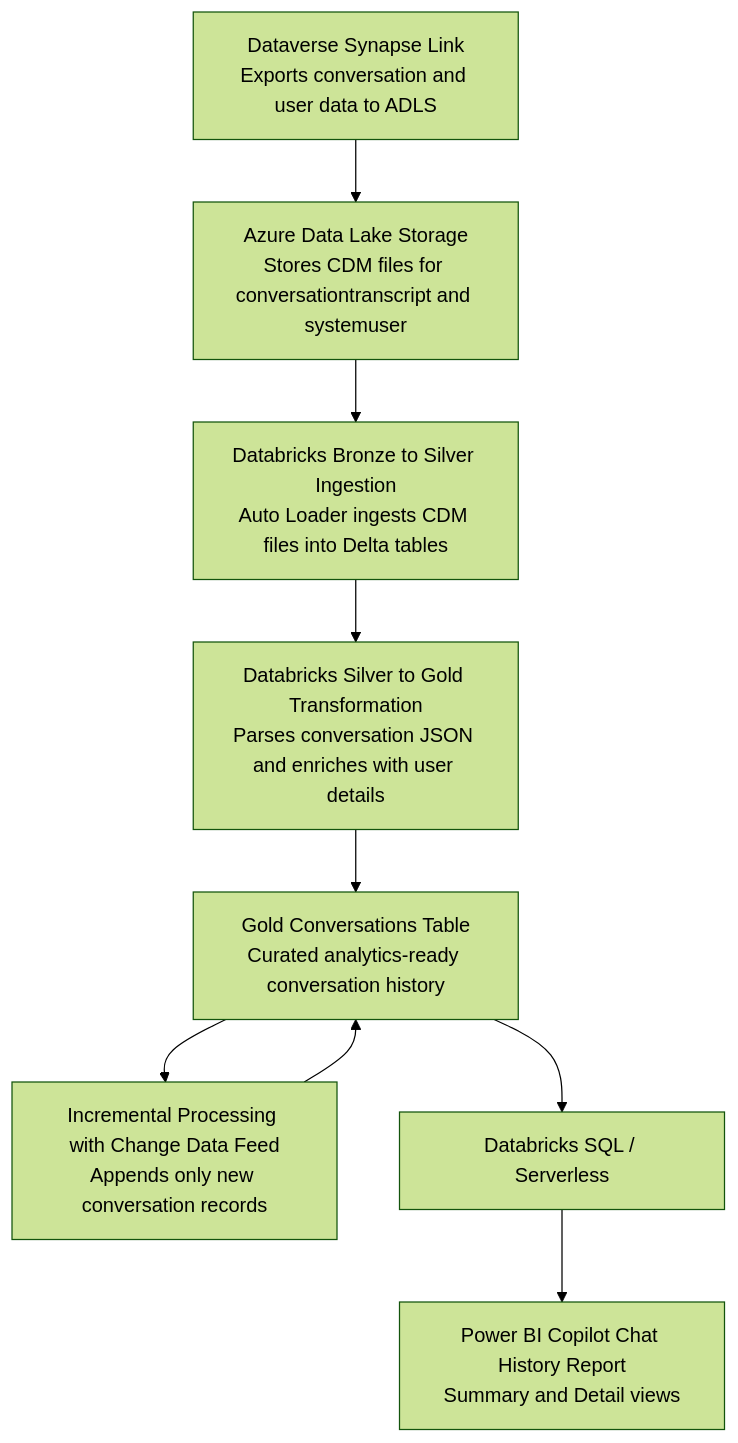
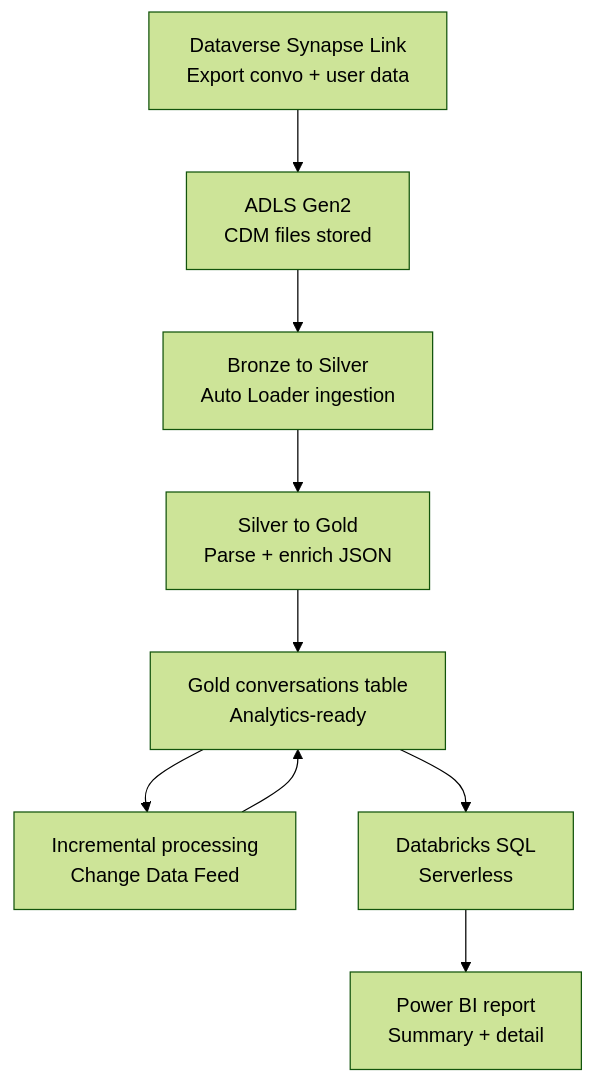
One commit to jcbendernh/copilot-chat-history-databricks changed the diagram in README.md. Above: the diagram before and after it, drawn with Mermaid (forest theme).

````diff
--- a/README.md
+++ b/README.md
@@ -16,16 +16,15 @@
 ```mermaid
 flowchart TD
-  A[Dataverse Synapse Link<br>Exports conversation and user data to ADLS]
-  B[Azure Data Lake Storage<br>Stores CDM files for conversationtranscript and systemuser]
-  C[Databricks Bronze to Silver Ingestion<br>Auto Loader ingests CDM files into Delta tables]
-  D[Databricks Silver to Gold Transformation<br>Parses conversation JSON and enriches with user details]
-  E[Gold Conversations Table<br>Curated analytics-ready conversation history]
-  F[Incremental Processing with Change Data Feed<br>Appends only new conversation records]
-  G[Databricks SQL / Serverless]
-  H[Power BI Copilot Chat History Report<br>Summary and Detail views]
-
+  A[Dataverse Synapse Link<br/>Export convo + user data]
+  B[ADLS Gen2<br/>CDM files stored]
+  C[Bronze to Silver<br/>Auto Loader ingestion]
+  D[Silver to Gold<br/>Parse + enrich JSON]
+  E[Gold conversations table<br/>Analytics-ready]
+  F[Incremental processing<br/>Change Data Feed]
+  G[Databricks SQL<br/>Serverless]
+  H[Power BI report<br/>Summary + detail]
 
   A --> B --> C --> D --> E --> G --> H
   E --> F
   F --> E
 ```
````
